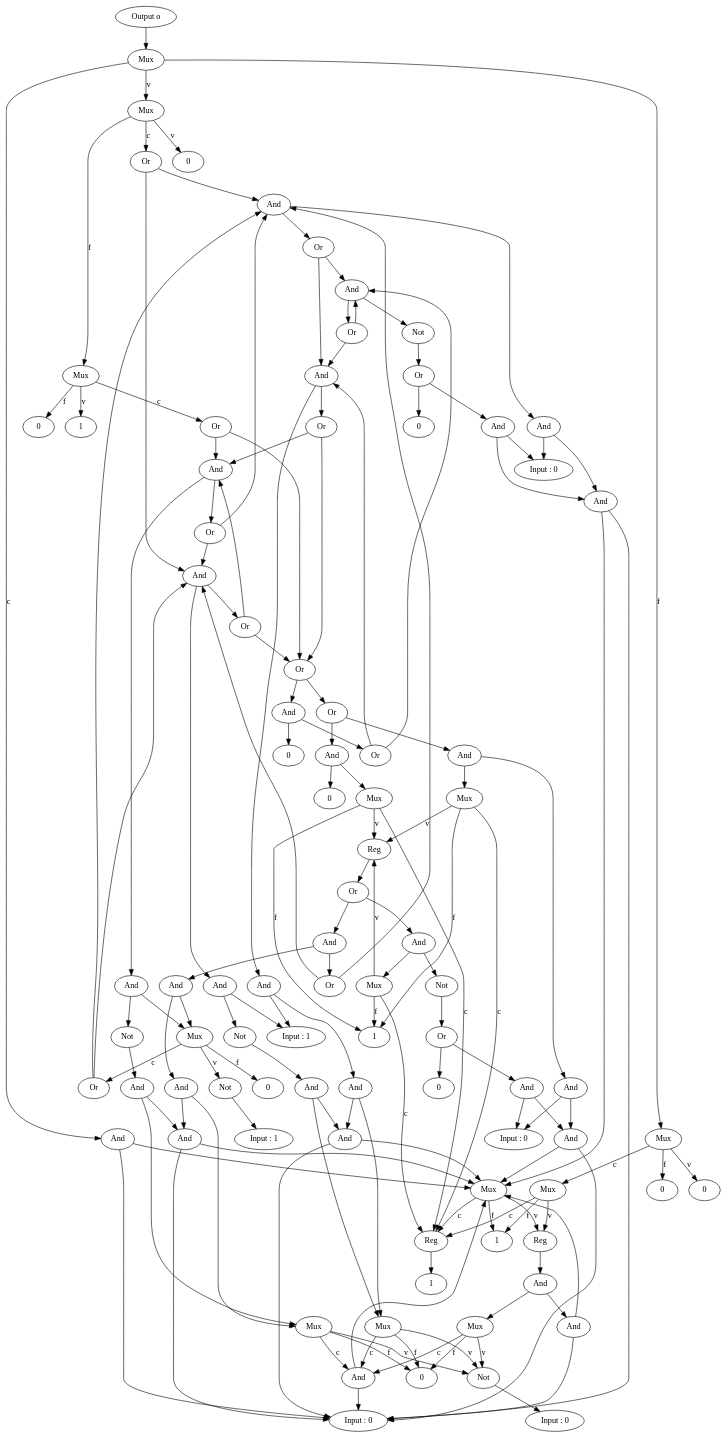
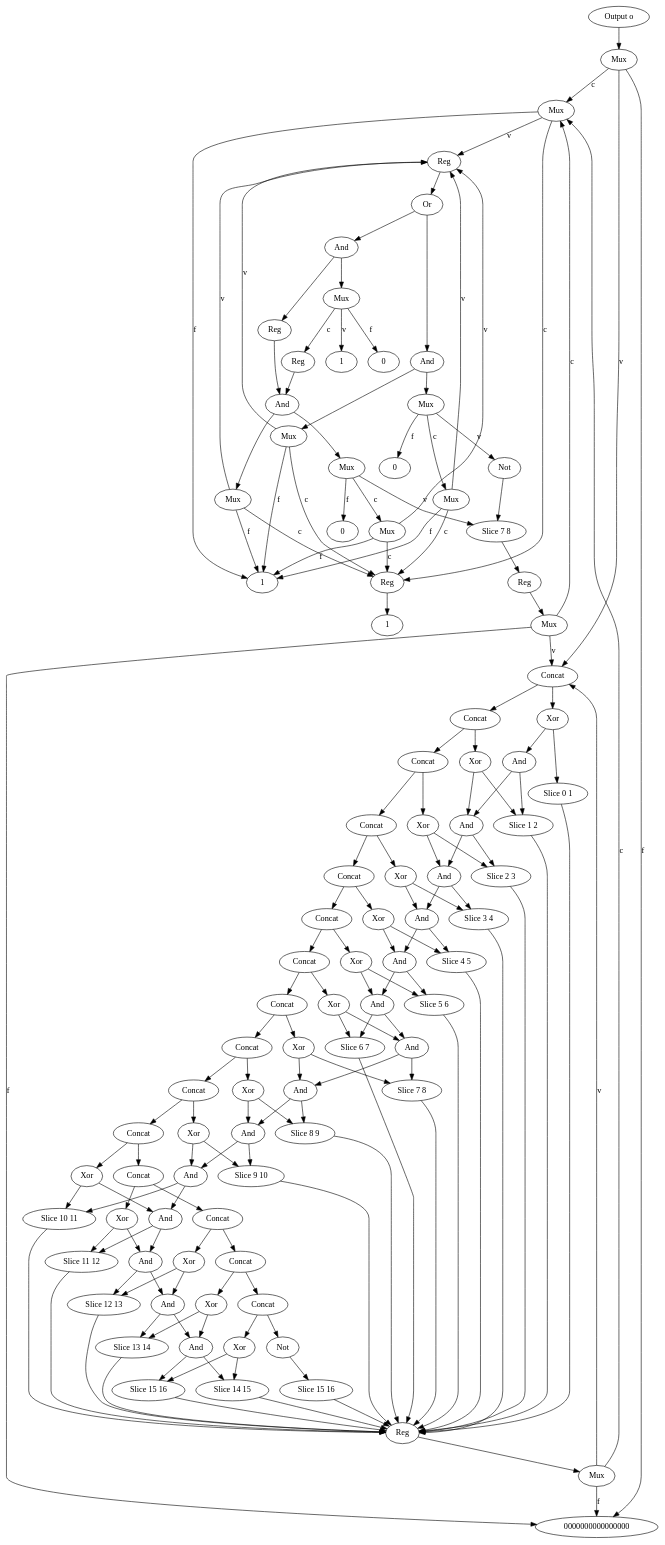
Before and after one commit to Imakoala/tinyjazz: the diagram in viz.dot, drawn with Graphviz. The commit also changed 13 other files, not shown here.

```diff
--- a/viz.dot
+++ b/viz.dot
@@ -1,229 +1,251 @@
 digraph example2 {
     N0[label="Output o"];
     N1[label="Mux"];
-    N2[label="And"];
-    N3[label="Mux"];
-    N4[label="Reg"];
-    N5[label="1"];
-    N6[label="Reg"];
+    N2[label="Mux"];
+    N3[label="Reg"];
+    N4[label="1"];
+    N5[label="Reg"];
+    N6[label="Or"];
     N7[label="And"];
-    N8[label="And"];
-    N9[label="Input : 0"];
+    N8[label="Mux"];
+    N9[label="1"];
     N10[label="Mux"];
-    N11[label="And"];
+    N11[label="Mux"];
     N12[label="Not"];
-    N13[label="Input : 0"];
-    N14[label="0"];
-    N15[label="1"];
-    N16[label="Mux"];
-    N17[label="Or"];
+    N13[label="Slice 7 8"];
+    N14[label="Reg"];
+    N15[label="Mux"];
+    N16[label="Concat"];
+    N17[label="Xor"];
     N18[label="And"];
-    N19[label="Or"];
+    N19[label="And"];
     N20[label="And"];
-    N21[label="Or"];
+    N21[label="And"];
     N22[label="And"];
-    N23[label="Or"];
+    N23[label="And"];
     N24[label="And"];
-    N25[label="Or"];
+    N25[label="And"];
     N26[label="And"];
-    N27[label="Or"];
-    N28[label="Or"];
+    N27[label="And"];
+    N28[label="And"];
     N29[label="And"];
-    N30[label="Or"];
-    N31[label="0"];
-    N32[label="Or"];
-    N33[label="And"];
+    N30[label="And"];
+    N31[label="And"];
+    N32[label="Slice 15 16"];
+    N33[label="Reg"];
     N34[label="Mux"];
-    N35[label="Reg"];
-    N36[label="Or"];
-    N37[label="And"];
-    N38[label="Or"];
-    N39[label="And"];
-    N40[label="Mux"];
-    N41[label="Or"];
-    N42[label="Not"];
-    N43[label="Input : 1"];
-    N44[label="0"];
-    N45[label="And"];
-    N46[label="Mux"];
-    N47[label="And"];
-    N48[label="And"];
-    N49[label="Mux"];
-    N50[label="1"];
-    N51[label="Not"];
-    N52[label="Or"];
-    N53[label="And"];
-    N54[label="Input : 0"];
-    N55[label="And"];
-    N56[label="0"];
-    N57[label="And"];
-    N58[label="And"];
-    N59[label="Mux"];
-    N60[label="0"];
-    N61[label="And"];
-    N62[label="Input : 1"];
-    N63[label="Not"];
-    N64[label="And"];
-    N65[label="Mux"];
-    N66[label="And"];
-    N67[label="And"];
-    N68[label="Not"];
-    N69[label="And"];
-    N70[label="And"];
-    N71[label="And"];
-    N72[label="Not"];
-    N73[label="Or"];
-    N74[label="And"];
-    N75[label="Input : 0"];
-    N76[label="And"];
-    N77[label="0"];
-    N78[label="And"];
-    N79[label="0"];
-    N80[label="Mux"];
-    N81[label="Or"];
-    N82[label="1"];
-    N83[label="0"];
-    N84[label="Mux"];
+    N35[label="0000000000000000"];
+    N36[label="Slice 14 15"];
+    N37[label="Slice 13 14"];
+    N38[label="Slice 12 13"];
+    N39[label="Slice 11 12"];
+    N40[label="Slice 10 11"];
+    N41[label="Slice 9 10"];
+    N42[label="Slice 8 9"];
+    N43[label="Slice 7 8"];
+    N44[label="Slice 6 7"];
+    N45[label="Slice 5 6"];
+    N46[label="Slice 4 5"];
+    N47[label="Slice 3 4"];
+    N48[label="Slice 2 3"];
+    N49[label="Slice 1 2"];
+    N50[label="Slice 0 1"];
+    N51[label="Concat"];
+    N52[label="Xor"];
+    N53[label="Concat"];
+    N54[label="Xor"];
+    N55[label="Concat"];
+    N56[label="Xor"];
+    N57[label="Concat"];
+    N58[label="Xor"];
+    N59[label="Concat"];
+    N60[label="Xor"];
+    N61[label="Concat"];
+    N62[label="Xor"];
+    N63[label="Concat"];
+    N64[label="Xor"];
+    N65[label="Concat"];
+    N66[label="Xor"];
+    N67[label="Concat"];
+    N68[label="Xor"];
+    N69[label="Concat"];
+    N70[label="Xor"];
+    N71[label="Concat"];
+    N72[label="Xor"];
+    N73[label="Concat"];
+    N74[label="Xor"];
+    N75[label="Concat"];
+    N76[label="Xor"];
+    N77[label="Concat"];
+    N78[label="Xor"];
+    N79[label="Not"];
+    N80[label="Slice 15 16"];
+    N81[label="0"];
+    N82[label="And"];
+    N83[label="Reg"];
+    N84[label="And"];
     N85[label="Mux"];
-    N86[label="0"];
-    N87[label="0"];
+    N86[label="Mux"];
+    N87[label="Mux"];
+    N88[label="0"];
+    N89[label="Mux"];
+    N90[label="Reg"];
+    N91[label="1"];
+    N92[label="0"];
     N0 -> N1[label=""];
     N1 -> N2[label="c"];
-    N2 -> N3[label=""];
-    N3 -> N4[label="c"];
-    N4 -> N5[label=""];
-    N3 -> N6[label="v"];
+    N2 -> N3[label="c"];
+    N3 -> N4[label=""];
+    N2 -> N5[label="v"];
+    N5 -> N6[label=""];
     N6 -> N7[label=""];
     N7 -> N8[label=""];
-    N8 -> N3[label=""];
-    N8 -> N9[label=""];
+    N8 -> N3[label="c"];
+    N8 -> N5[label="v"];
+    N8 -> N9[label="f"];
     N7 -> N10[label=""];
     N10 -> N11[label="c"];
-    N11 -> N3[label=""];
-    N11 -> N9[label=""];
+    N11 -> N3[label="c"];
+    N11 -> N5[label="v"];
+    N11 -> N9[label="f"];
     N10 -> N12[label="v"];
     N12 -> N13[label=""];
-    N10 -> N14[label="f"];
-    N3 -> N15[label="f"];
-    N2 -> N9[label=""];
-    N1 -> N16[label="v"];
-    N16 -> N17[label="c"];
+    N13 -> N14[label=""];
+    N14 -> N15[label=""];
+    N15 -> N2[label="c"];
+    N15 -> N16[label="v"];
+    N16 -> N17[label=""];
     N17 -> N18[label=""];
     N18 -> N19[label=""];
     N19 -> N20[label=""];
     N20 -> N21[label=""];
-    N21 -> N20[label=""];
     N21 -> N22[label=""];
     N22 -> N23[label=""];
     N23 -> N24[label=""];
     N24 -> N25[label=""];
-    N25 -> N18[label=""];
     N25 -> N26[label=""];
     N26 -> N27[label=""];
-    N27 -> N24[label=""];
     N27 -> N28[label=""];
     N28 -> N29[label=""];
     N29 -> N30[label=""];
-    N30 -> N20[label=""];
-    N30 -> N22[label=""];
-    N29 -> N31[label=""];
-    N28 -> N32[label=""];
+    N30 -> N31[label=""];
+    N31 -> N32[label=""];
     N32 -> N33[label=""];
     N33 -> N34[label=""];
-    N34 -> N4[label="c"];
-    N34 -> N35[label="v"];
-    N35 -> N36[label=""];
-    N36 -> N37[label=""];
-    N37 -> N38[label=""];
-    N38 -> N18[label=""];
-    N38 -> N26[label=""];
-    N37 -> N39[label=""];
-    N39 -> N40[label=""];
-    N40 -> N41[label="c"];
-    N41 -> N18[label=""];
-    N41 -> N26[label=""];
-    N40 -> N42[label="v"];
-    N42 -> N43[label=""];
-    N40 -> N44[label="f"];
-    N39 -> N45[label=""];
-    N45 -> N46[label=""];
-    N46 -> N11[label="c"];
-    N46 -> N12[label="v"];
-    N46 -> N14[label="f"];
-    N45 -> N47[label=""];
-    N47 -> N3[label=""];
-    N47 -> N9[label=""];
-    N36 -> N48[label=""];
-    N48 -> N49[label=""];
-    N49 -> N4[label="c"];
-    N49 -> N35[label="v"];
-    N49 -> N50[label="f"];
-    N48 -> N51[label=""];
+    N34 -> N2[label="c"];
+    N34 -> N16[label="v"];
+    N34 -> N35[label="f"];
+    N31 -> N36[label=""];
+    N36 -> N33[label=""];
+    N30 -> N37[label=""];
+    N37 -> N33[label=""];
+    N29 -> N38[label=""];
+    N38 -> N33[label=""];
+    N28 -> N39[label=""];
+    N39 -> N33[label=""];
+    N27 -> N40[label=""];
+    N40 -> N33[label=""];
+    N26 -> N41[label=""];
+    N41 -> N33[label=""];
+    N25 -> N42[label=""];
+    N42 -> N33[label=""];
+    N24 -> N43[label=""];
+    N43 -> N33[label=""];
+    N23 -> N44[label=""];
+    N44 -> N33[label=""];
+    N22 -> N45[label=""];
+    N45 -> N33[label=""];
+    N21 -> N46[label=""];
+    N46 -> N33[label=""];
+    N20 -> N47[label=""];
+    N47 -> N33[label=""];
+    N19 -> N48[label=""];
+    N48 -> N33[label=""];
+    N18 -> N49[label=""];
+    N49 -> N33[label=""];
+    N17 -> N50[label=""];
+    N50 -> N33[label=""];
+    N16 -> N51[label=""];
     N51 -> N52[label=""];
-    N52 -> N53[label=""];
+    N52 -> N19[label=""];
+    N52 -> N49[label=""];
+    N51 -> N53[label=""];
     N53 -> N54[label=""];
+    N54 -> N20[label=""];
+    N54 -> N48[label=""];
     N53 -> N55[label=""];
-    N55 -> N3[label=""];
-    N55 -> N9[label=""];
-    N52 -> N56[label=""];
-    N34 -> N50[label="f"];
-    N33 -> N57[label=""];
-    N57 -> N54[label=""];
-    N57 -> N55[label=""];
-    N32 -> N58[label=""];
-    N58 -> N59[label=""];
-    N59 -> N4[label="c"];
-    N59 -> N35[label="v"];
-    N59 -> N50[label="f"];
-    N58 -> N60[label=""];
-    N26 -> N61[label=""];
+    N55 -> N56[label=""];
+    N56 -> N21[label=""];
+    N56 -> N47[label=""];
+    N55 -> N57[label=""];
+    N57 -> N58[label=""];
+    N58 -> N22[label=""];
+    N58 -> N46[label=""];
+    N57 -> N59[label=""];
+    N59 -> N60[label=""];
+    N60 -> N23[label=""];
+    N60 -> N45[label=""];
+    N59 -> N61[label=""];
     N61 -> N62[label=""];
+    N62 -> N24[label=""];
+    N62 -> N44[label=""];
     N61 -> N63[label=""];
     N63 -> N64[label=""];
-    N64 -> N65[label=""];
-    N65 -> N11[label="c"];
-    N65 -> N12[label="v"];
-    N65 -> N14[label="f"];
-    N64 -> N66[label=""];
-    N66 -> N3[label=""];
-    N66 -> N9[label=""];
-    N24 -> N67[label=""];
-    N67 -> N40[label=""];
+    N64 -> N25[label=""];
+    N64 -> N43[label=""];
+    N63 -> N65[label=""];
+    N65 -> N66[label=""];
+    N66 -> N26[label=""];
+    N66 -> N42[label=""];
+    N65 -> N67[label=""];
     N67 -> N68[label=""];
-    N68 -> N69[label=""];
-    N69 -> N46[label=""];
-    N69 -> N47[label=""];
-    N23 -> N28[label=""];
-    N22 -> N70[label=""];
-    N70 -> N62[label=""];
-    N70 -> N71[label=""];
-    N71 -> N65[label=""];
-    N71 -> N66[label=""];
-    N20 -> N72[label=""];
-    N72 -> N73[label=""];
+    N68 -> N27[label=""];
+    N68 -> N41[label=""];
+    N67 -> N69[label=""];
+    N69 -> N70[label=""];
+    N70 -> N28[label=""];
+    N70 -> N40[label=""];
+    N69 -> N71[label=""];
+    N71 -> N72[label=""];
+    N72 -> N29[label=""];
+    N72 -> N39[label=""];
+    N71 -> N73[label=""];
     N73 -> N74[label=""];
-    N74 -> N75[label=""];
-    N74 -> N76[label=""];
-    N76 -> N3[label=""];
-    N76 -> N9[label=""];
-    N73 -> N77[label=""];
-    N19 -> N22[label=""];
-    N18 -> N78[label=""];
-    N78 -> N75[label=""];
-    N78 -> N76[label=""];
-    N17 -> N26[label=""];
-    N16 -> N79[label="v"];
-    N16 -> N80[label="f"];
-    N80 -> N81[label="c"];
-    N81 -> N24[label=""];
-    N81 -> N28[label=""];
-    N80 -> N82[label="v"];
-    N80 -> N83[label="f"];
-    N1 -> N84[label="f"];
-    N84 -> N85[label="c"];
-    N85 -> N4[label="c"];
-    N85 -> N6[label="v"];
-    N85 -> N15[label="f"];
-    N84 -> N86[label="v"];
-    N84 -> N87[label="f"];
+    N74 -> N30[label=""];
+    N74 -> N38[label=""];
+    N73 -> N75[label=""];
+    N75 -> N76[label=""];
+    N76 -> N31[label=""];
+    N76 -> N37[label=""];
+    N75 -> N77[label=""];
+    N77 -> N78[label=""];
+    N78 -> N32[label=""];
+    N78 -> N36[label=""];
+    N77 -> N79[label=""];
+    N79 -> N80[label=""];
+    N80 -> N33[label=""];
+    N15 -> N35[label="f"];
+    N10 -> N81[label="f"];
+    N6 -> N82[label=""];
+    N82 -> N83[label=""];
+    N83 -> N84[label=""];
+    N84 -> N85[label=""];
+    N85 -> N3[label="c"];
+    N85 -> N5[label="v"];
+    N85 -> N9[label="f"];
+    N84 -> N86[label=""];
+    N86 -> N87[label="c"];
+    N87 -> N3[label="c"];
+    N87 -> N5[label="v"];
+    N87 -> N9[label="f"];
+    N86 -> N13[label="v"];
+    N86 -> N88[label="f"];
+    N82 -> N89[label=""];
+    N89 -> N90[label="c"];
+    N90 -> N84[label=""];
+    N89 -> N91[label="v"];
+    N89 -> N92[label="f"];
+    N2 -> N9[label="f"];
+    N1 -> N16[label="v"];
+    N1 -> N35[label="f"];
 }
```
